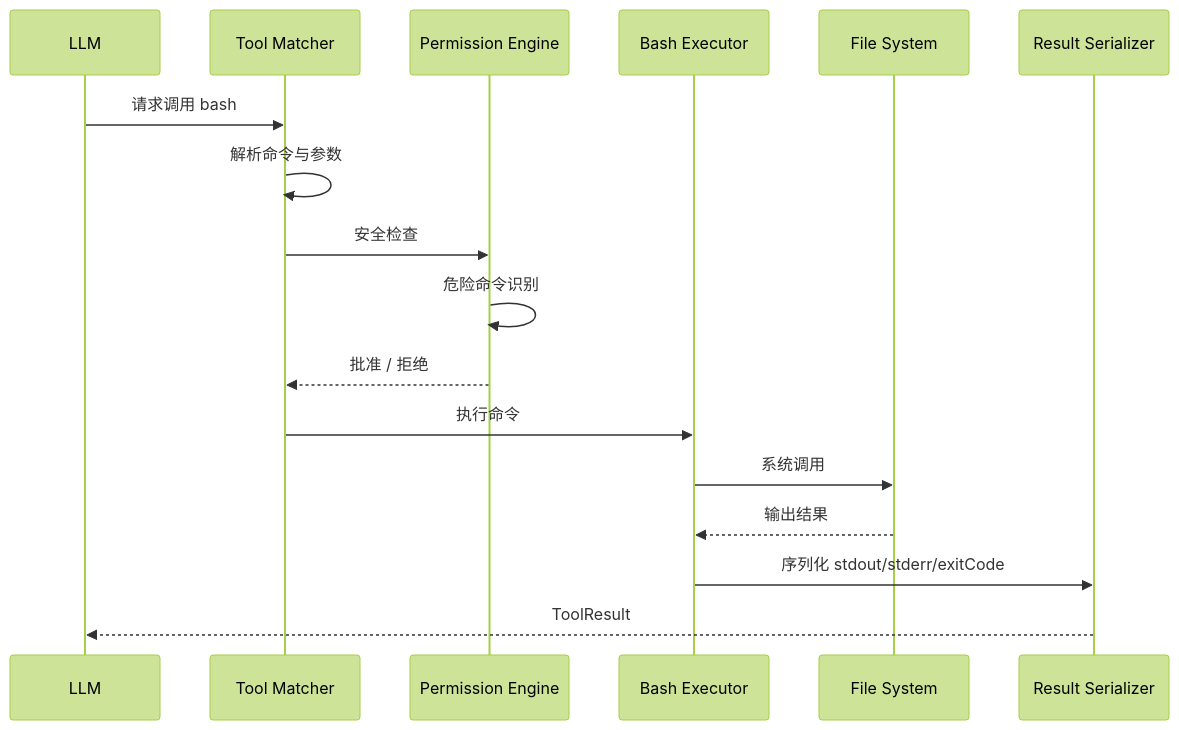
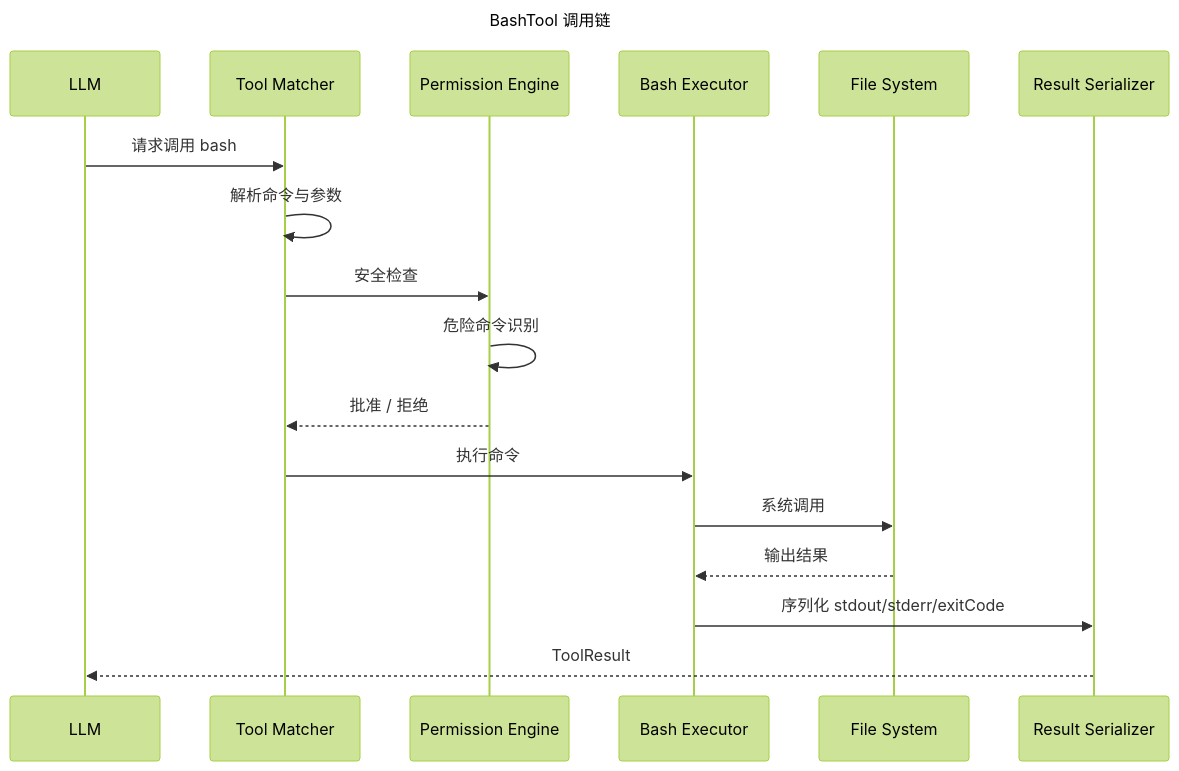
One commit to Taotie2002/claude-code-deep-dive changed the fifth of 15 diagrams in docs/06-data-flow.md. Above: the diagram before and after it, drawn with Mermaid (forest theme). The commit also changed other lines of this file and 12 other files, not shown here.

````diff
--- a/docs/06-data-flow.md
+++ b/docs/06-data-flow.md
@@ -98,20 +110,23 @@
 ```mermaid
+---
+title: BashTool 调用链
+---
 sequenceDiagram
     participant LLM
     participant TM as Tool Matcher
     participant PE as Permission Engine
     participant BE as Bash Executor
     participant FS as File System
     participant R as Result Serializer
 
     LLM->>TM: 请求调用 bash
     TM->>TM: 解析命令与参数
     TM->>PE: 安全检查
     PE->>PE: 危险命令识别
     PE-->>TM: 批准 / 拒绝
     TM->>BE: 执行命令
     BE->>FS: 系统调用
     FS-->>BE: 输出结果
     BE->>R: 序列化 stdout/stderr/exitCode
     R-->>LLM: ToolResult
 ```
````
